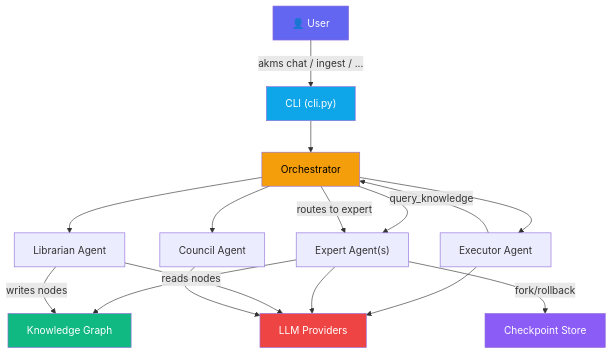
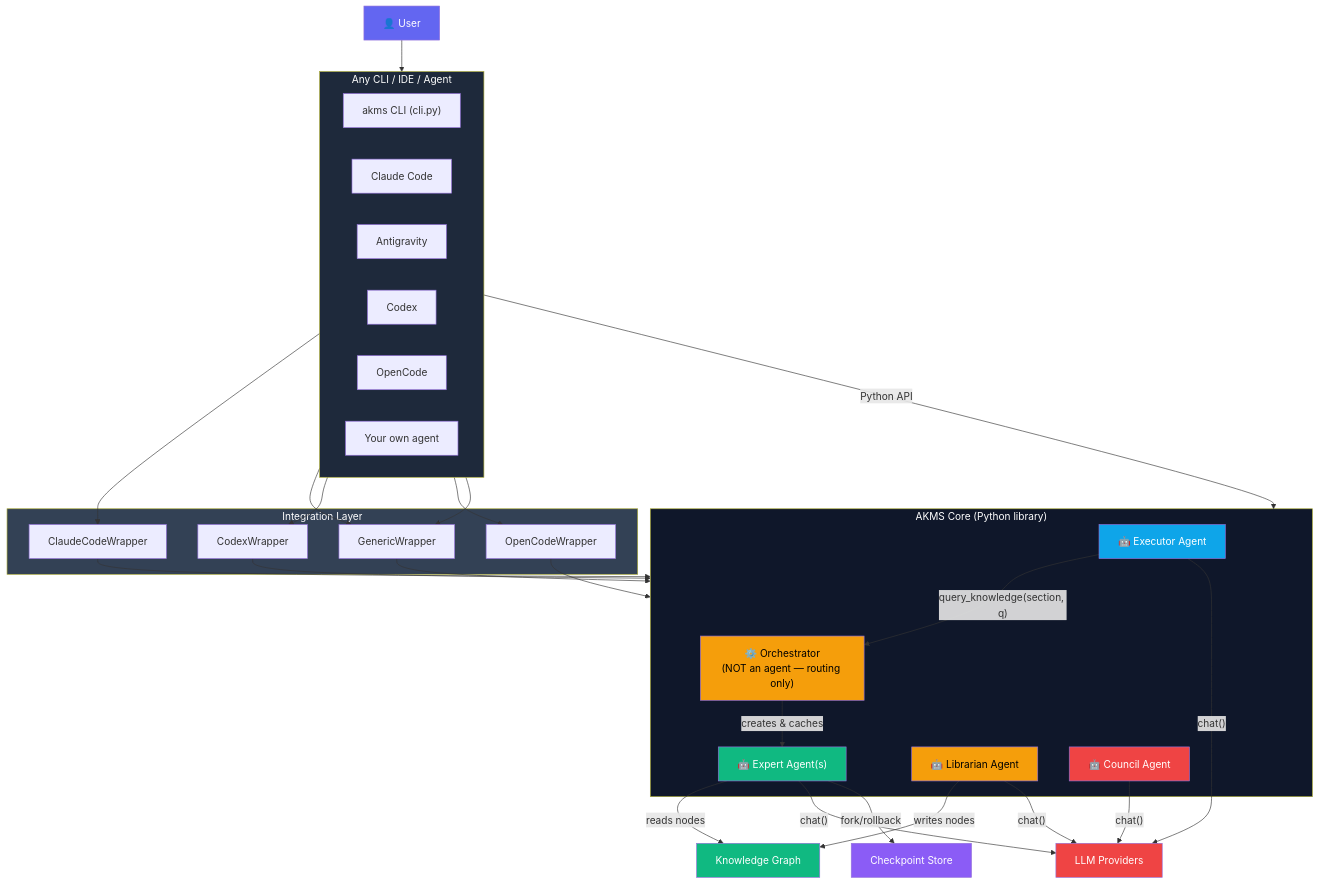
One commit to TheRealOP/Agent-Knowledge-Management-System changed the first of 18 diagrams in how-this-works.md. Above: the diagram before and after it, drawn with Mermaid. The commit also changed other lines of this file and 1 other file, not shown here.

````diff
--- a/how-this-works.md
+++ b/how-this-works.md
@@ -9,36 +9,64 @@
 ```mermaid
 graph TB
     User["👤 User"]
-    CLI["CLI (cli.py)"]
-    Executor["Executor Agent"]
-    Expert["Expert Agent(s)"]
-    Librarian["Librarian Agent"]
-    Council["Council Agent"]
-    Orchestrator["Orchestrator"]
+
+    subgraph EntryPoints["Any CLI / IDE / Agent"]
+        direction LR
+        AKMSCLI["akms CLI (cli.py)"]
+        CC["Claude Code"]
+        AG["Antigravity"]
+        CX["Codex"]
+        OC["OpenCode"]
+        Custom["Your own agent"]
+    end
+
+    subgraph Integrations["Integration Layer"]
+        GenW["GenericWrapper"]
+        CCW["ClaudeCodeWrapper"]
+        CXW["CodexWrapper"]
+        OCW["OpenCodeWrapper"]
+    end
+
+    subgraph AKMSCore["AKMS Core (Python library)"]
+        Orchestrator["⚙️ Orchestrator\n(NOT an agent — routing only)"]
+        Executor["🤖 Executor Agent"]
+        Expert["🤖 Expert Agent(s)"]
+        Librarian["🤖 Librarian Agent"]
+        Council["🤖 Council Agent"]
+    end
+
     KG["Knowledge Graph"]
     CP["Checkpoint Store"]
     Providers["LLM Providers"]
 
-    User -->|"akms chat / ingest / ..."| CLI
-    CLI --> Orchestrator
-    Orchestrator --> Executor
-    Orchestrator --> Expert
-    Orchestrator --> Librarian
-    Orchestrator --> Council
-    Executor -->|"query_knowledge"| Orchestrator
-    Orchestrator -->|"routes to expert"| Expert
+    User --> EntryPoints
+    AKMSCLI -->|"Python API"| AKMSCore
+    CC --> CCW --> AKMSCore
+    AG --> GenW --> AKMSCore
+    CX --> CXW --> AKMSCore
+    OC --> OCW --> AKMSCore
+    Custom --> GenW
+
+    Executor -->|"query_knowledge(section, q)"| Orchestrator
+    Orchestrator -->|"creates & caches"| Expert
     Expert -->|"reads nodes"| KG
     Librarian -->|"writes nodes"| KG
-    Executor --> Providers
-    Expert --> Providers
-    Librarian --> Providers
-    Council --> Providers
+    Executor -->|"chat()"| Providers
+    Expert -->|"chat()"| Providers
+    Librarian -->|"chat()"| Providers
+    Council -->|"chat()"| Providers
     Expert -->|"fork/rollback"| CP
 
     style User fill:#6366f1,color:#fff
-    style CLI fill:#0ea5e9,color:#fff
+    style EntryPoints fill:#1e293b,color:#fff
+    style Integrations fill:#334155,color:#fff
+    style AKMSCore fill:#0f172a,color:#fff
     style Orchestrator fill:#f59e0b,color:#000
     style KG fill:#10b981,color:#fff
     style CP fill:#8b5cf6,color:#fff
     style Providers fill:#ef4444,color:#fff
+    style Executor fill:#0ea5e9,color:#fff
+    style Expert fill:#10b981,color:#fff
+    style Librarian fill:#f59e0b,color:#000
+    style Council fill:#ef4444,color:#fff
 ```
````
